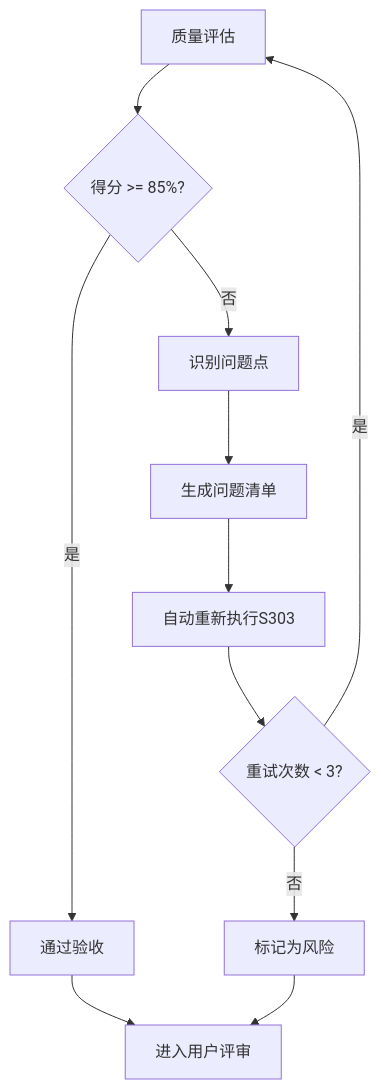
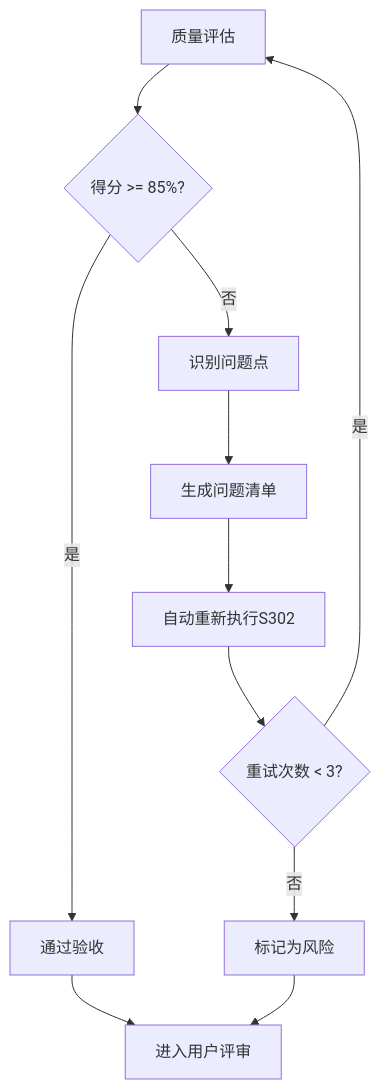
Before and after one commit to HeartFlying/swf: the second of 2 diagrams in skills/s3-selection/SKILL.md, drawn with Mermaid. The commit also changed other lines of this file and 33 other files, not shown here.

````diff
--- a/skills/s3-selection/SKILL.md
+++ b/skills/s3-selection/SKILL.md
@@ -260,13 +249,13 @@
 ```mermaid
 flowchart TD
     Evaluate[质量评估] --> Score{得分 >= 85%?}
     Score -->|是| Pass[通过验收]
     Score -->|否| Identify[识别问题点]
     Identify --> List[生成问题清单]
-    List --> ReExecute[自动重新执行S303]
+    List --> ReExecute[自动重新执行S302]
     ReExecute --> Retry{重试次数 < 3?}
     Retry -->|是| Evaluate
     Retry -->|否| Risk[标记为风险]
     Pass --> UserReview[进入用户评审]
     Risk --> UserReview
 ```
````
